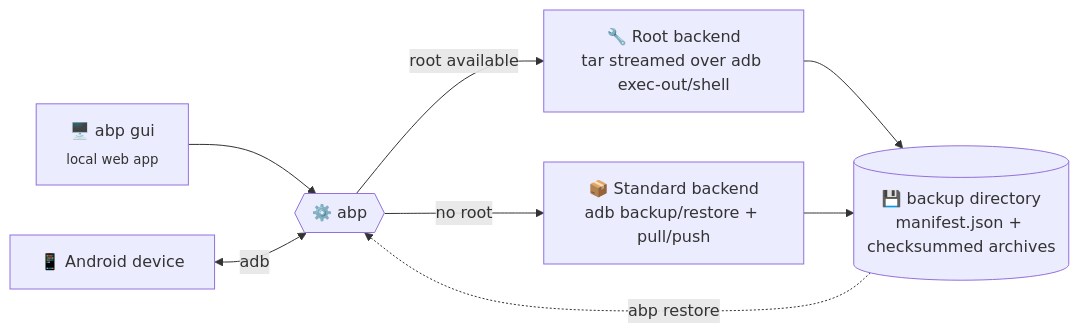
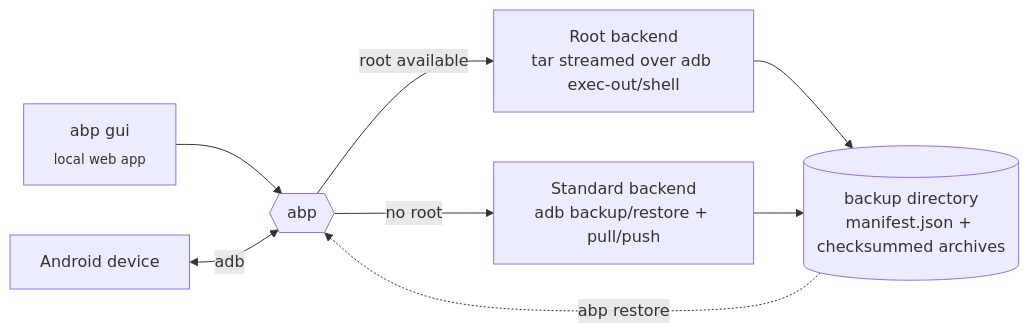
Before and after one commit to guillaume-behr/abp: the diagram in README.md, drawn with Mermaid. The commit also changed other lines of this file and 24 other files, not shown here.

````diff
--- a/README.md
+++ b/README.md
@@ -30,10 +30,10 @@
 ```mermaid
 flowchart LR
-    G["🖥️ abp gui<br/><sub>local web app</sub>"] --> A
-    D[📱 Android device] <-- adb --> A{{⚙️ abp}}
-    A -->|root available| R["🔧 Root backend<br/>tar streamed over adb exec-out/shell"]
-    A -->|no root| S["📦 Standard backend<br/>adb backup/restore + pull/push"]
-    R --> B[("💾 backup directory<br/>manifest.json + checksummed archives")]
+    G["abp gui<br/><sub>local web app</sub>"] --> A
+    D[Android device] <-- adb --> A{{abp}}
+    A -->|root available| R["Root backend<br/>tar streamed over adb exec-out/shell"]
+    A -->|no root| S["Standard backend<br/>adb backup/restore + pull/push"]
+    R --> B[("backup directory<br/>manifest.json + checksummed archives")]
     S --> B
     B -. abp restore .-> A
 ```
````
